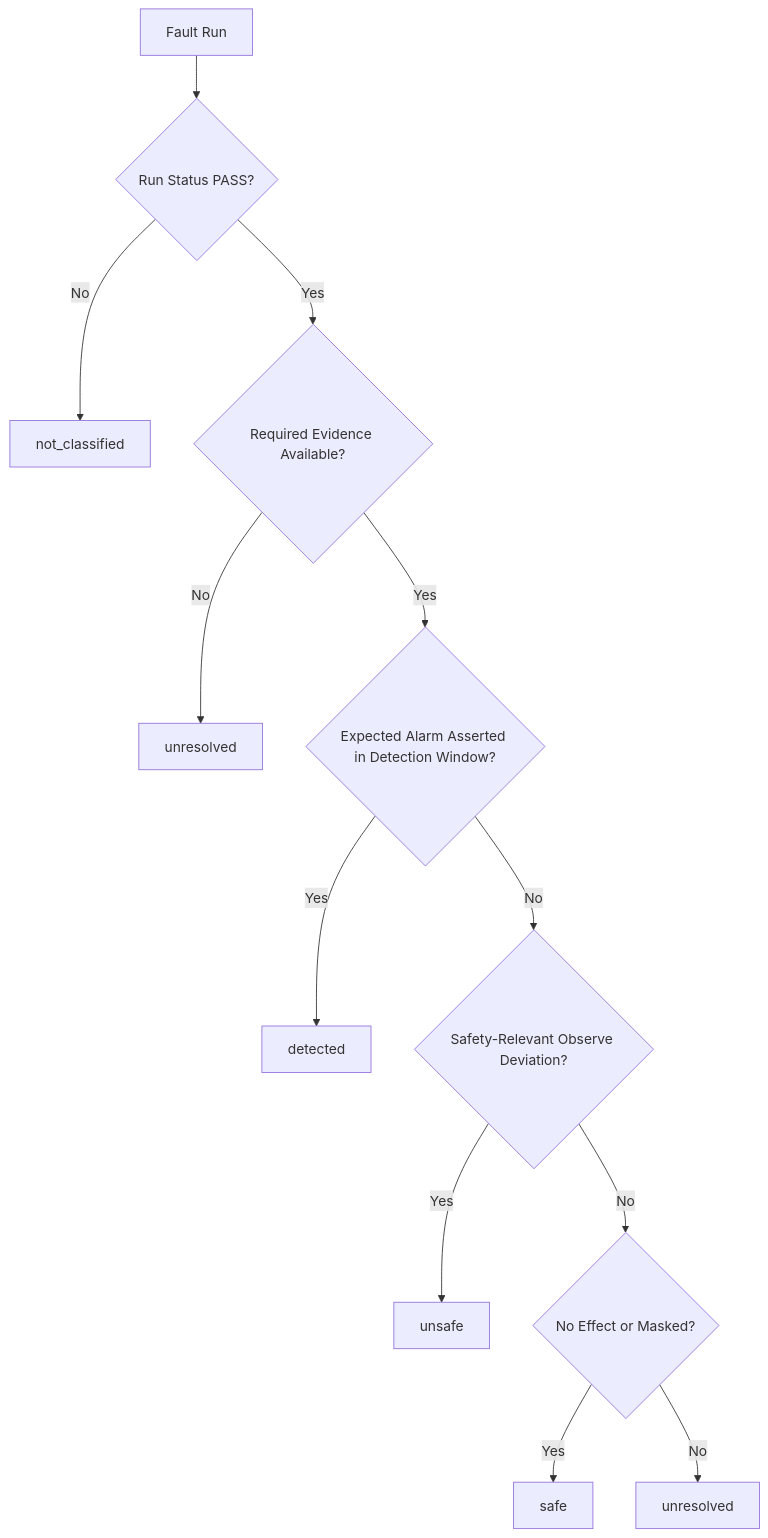
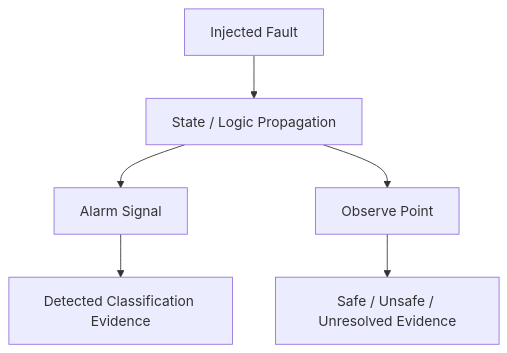
One commit to qiqixixi1001/automotive-safeic-practice changed the third of 5 diagrams in articles/11_automotive_safeic_practice_d11_github_en_fault_outcome_classification.md. Above: the diagram before and after it, drawn with Mermaid. The commit also changed other lines of this file, not shown here.

````diff
--- a/articles/11_automotive_safeic_practice_d11_github_en_fault_outcome_classification.md
+++ b/articles/11_automotive_safeic_practice_d11_github_en_fault_outcome_classification.md
@@ -367,14 +381,8 @@
 ```mermaid
 flowchart TD
-    A[Fault Run] --> B{Run Status PASS?}
-    B -- No --> C[not_classified]
-    B -- Yes --> D{Required Evidence Available?}
-    D -- No --> E[unresolved]
-    D -- Yes --> F{Expected Alarm Asserted in Detection Window?}
-    F -- Yes --> G[detected]
-    F -- No --> H{Safety-Relevant Observe Deviation?}
-    H -- Yes --> I[unsafe]
-    H -- No --> J{No Effect or Masked?}
-    J -- Yes --> K[safe]
-    J -- No --> L[unresolved]
+    F[Injected Fault] --> S[State / Logic Propagation]
+    S --> A[Alarm Signal]
+    S --> O[Observe Point]
+    A --> D[Detected Classification Evidence]
+    O --> U[Safe / Unsafe / Unresolved Evidence]
 ```
````
